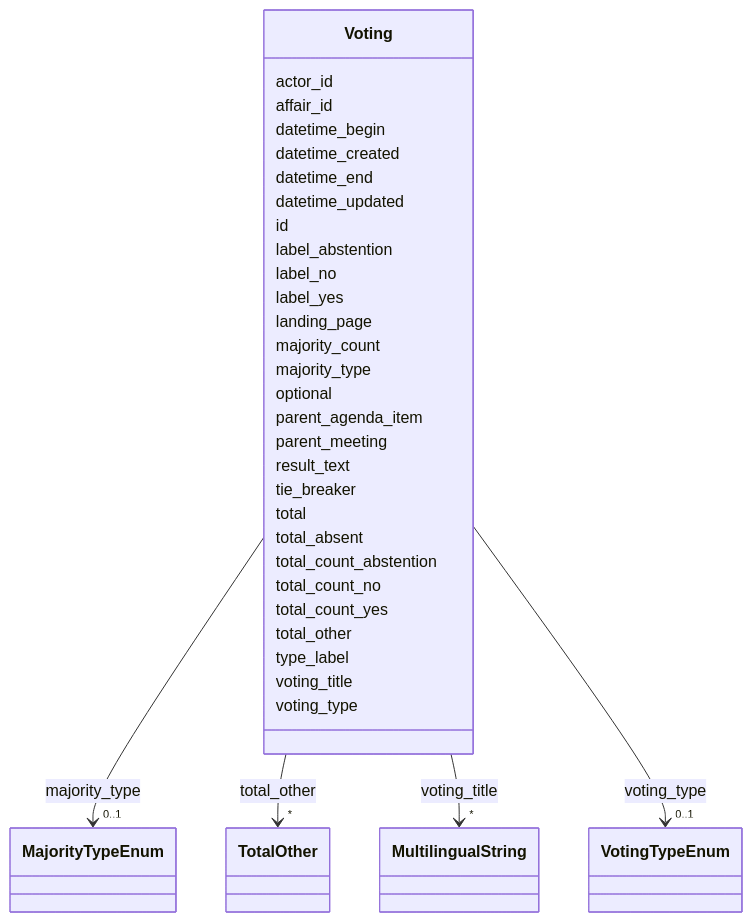
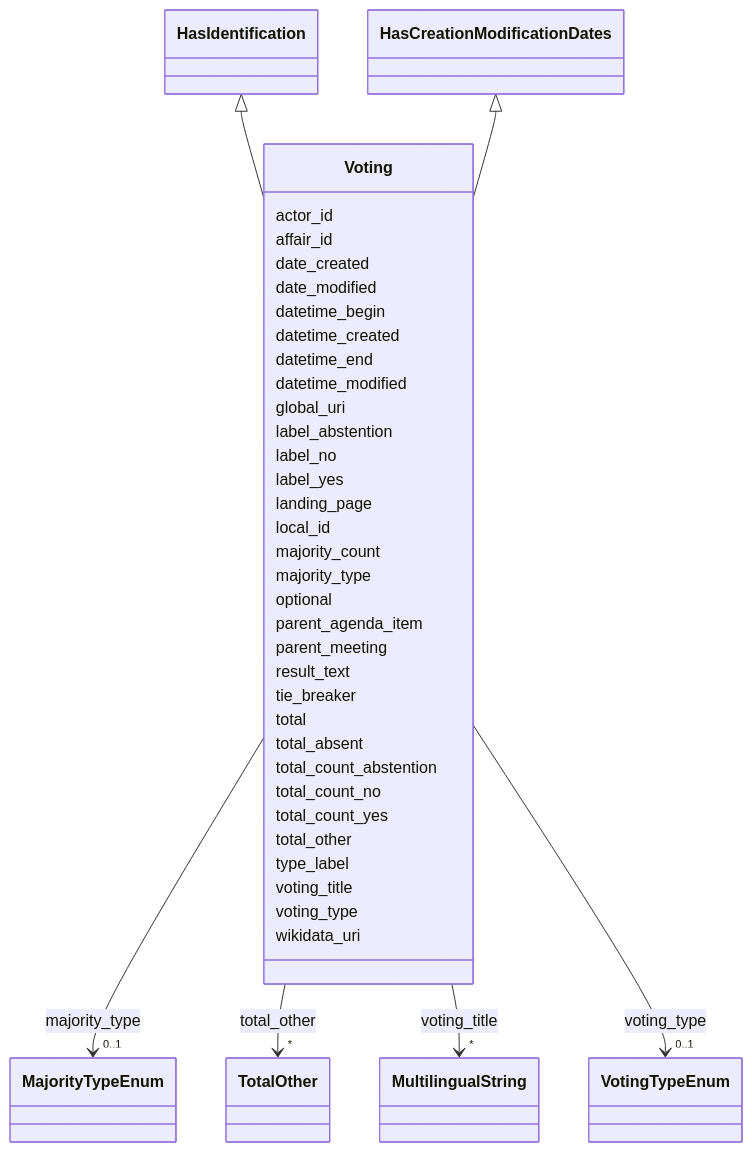
The diagram in ech-0293_operations/output/docs/Voting.md (swiss/political-affairs-ech-group), drawn with Mermaid before and after one commit. The commit also changed other lines of this file and 79 other files, not shown here.

````diff
--- a/ech-0293_operations/output/docs/Voting.md
+++ b/ech-0293_operations/output/docs/Voting.md
@@ -23,9 +23,18 @@
  classDiagram
     class Voting
     click Voting href "../Voting/"
+      HasIdentification <|-- Voting
+        click HasIdentification href "../HasIdentification/"
+      HasCreationModificationDates <|-- Voting
+        click HasCreationModificationDates href "../HasCreationModificationDates/"
+      
       Voting : actor_id
         
       Voting : affair_id
+        
+      Voting : date_created
+        
+      Voting : date_modified
         
       Voting : datetime_begin
         
@@ -33,9 +42,9 @@
         
       Voting : datetime_end
         
-      Voting : datetime_updated
+      Voting : datetime_modified
         
-      Voting : id
+      Voting : global_uri
         
       Voting : label_abstention
         
@@ -44,6 +53,8 @@
       Voting : label_yes
         
       Voting : landing_page
+        
+      Voting : local_id
         
       Voting : majority_count
         
@@ -113,5 +124,7 @@
     
 
         
+      Voting : wikidata_uri
+        
       
 ```
````
